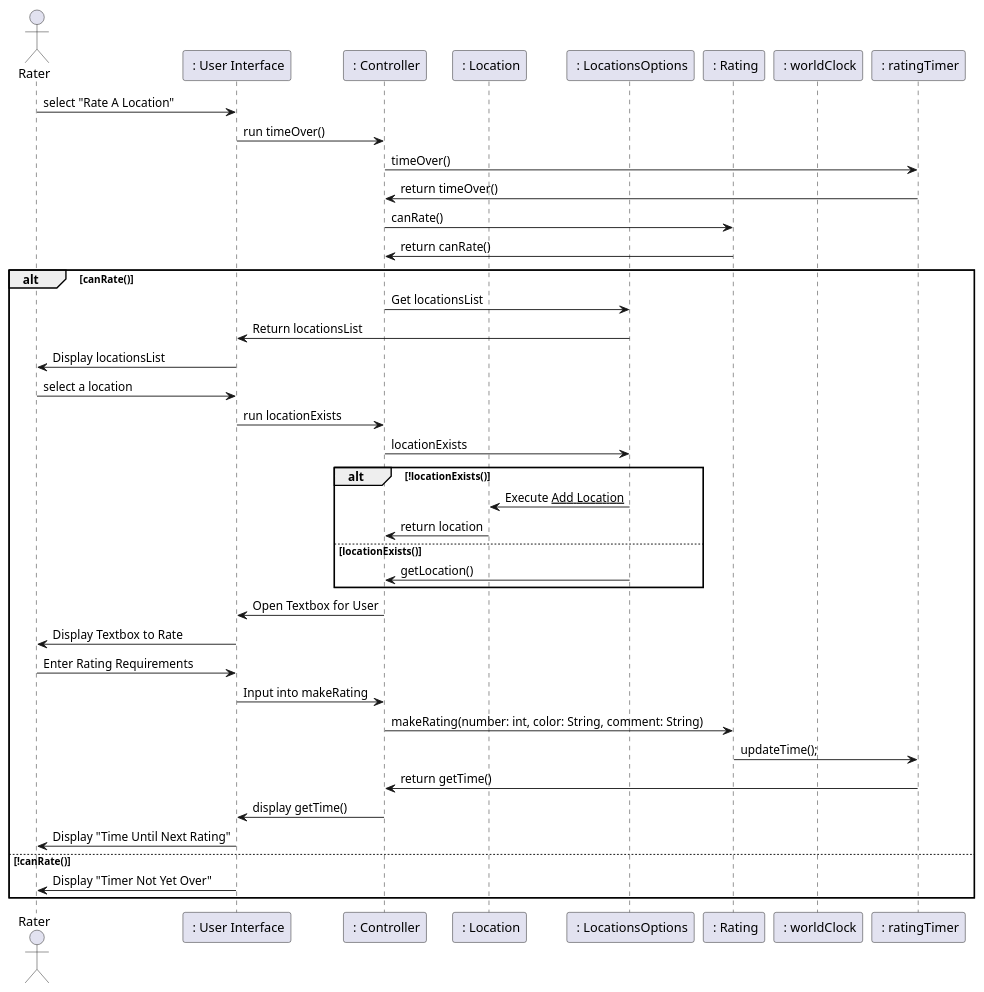
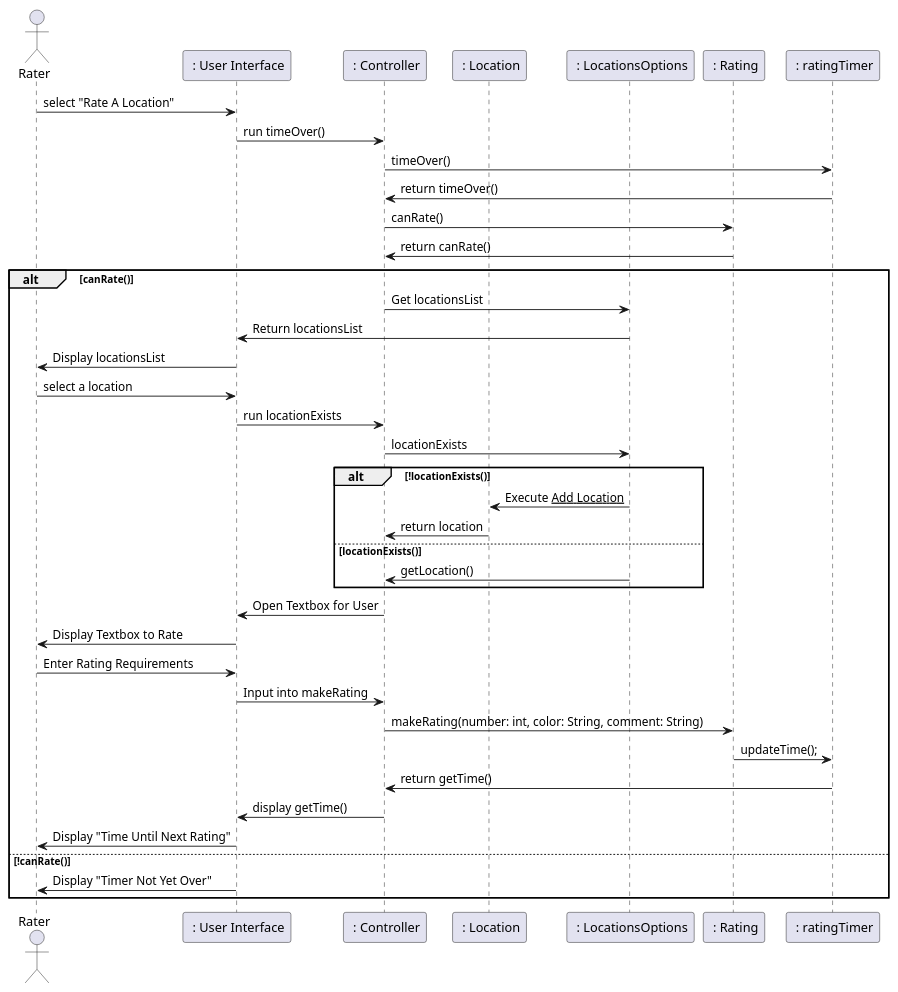
Before and after one commit to manoushpajouh/Vassar-Crowdmeter: the fourth of 4 diagrams in intellij/documentation/design.md, drawn with PlantUML. The commit also changed other lines of this file and 1 other file, not shown here.

Commit message:
update sequence diagram

````diff
--- a/intellij/documentation/design.md
+++ b/intellij/documentation/design.md
@@ -129,55 +130,54 @@
 ```plantuml
 @startuml
 actor Rater as rater 
 participant " : User Interface" as ui
 participant " : Controller" as controller
 participant " : Location" as location 
 participant " : LocationsOptions" as locOps 
 participant " : Rating" as ratings 
-participant " : worldClock" as clock 
 participant " : ratingTimer" as timer 
 
 
 
 rater -> ui  : select "Rate A Location"
 ui -> controller : run timeOver()
 controller -> timer : timeOver()
 timer -> controller : return timeOver()
 controller -> ratings  : canRate()
 ratings -> controller : return canRate()
 alt canRate()
 
 controller -> locOps :  Get locationsList
 locOps -> ui : Return locationsList
 ui ->  rater : Display locationsList
 rater -> ui : select a location
 ui -> controller : run locationExists
 controller -> locOps: locationExists
 
 alt !locationExists()
 locOps -> location : Execute __Add Location__ 
 location -> controller : return location 
 else locationExists()
 locOps  -> controller : getLocation()
 end
 
 controller -> ui : Open Textbox for User 
 ui -> rater : Display Textbox to Rate
 rater -> ui : Enter Rating Requirements
 ui -> controller : Input into makeRating
 controller -> ratings : makeRating(number: int, color: String, comment: String)
 
 
 ratings -> timer : updateTime();
 timer -> controller : return getTime()
 controller -> ui : display getTime()
 ui -> rater : Display "Time Until Next Rating"
 
 
 else !canRate()
 ui -> rater : Display "Timer Not Yet Over"
 end
 
 
 @enduml
 ```
````
